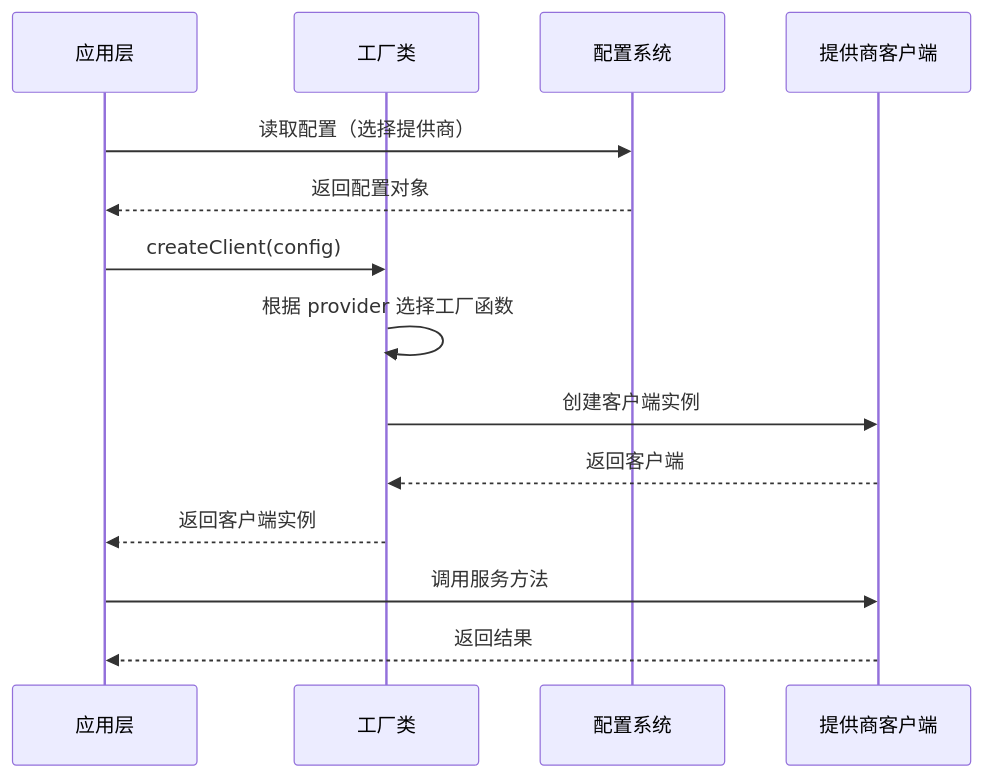
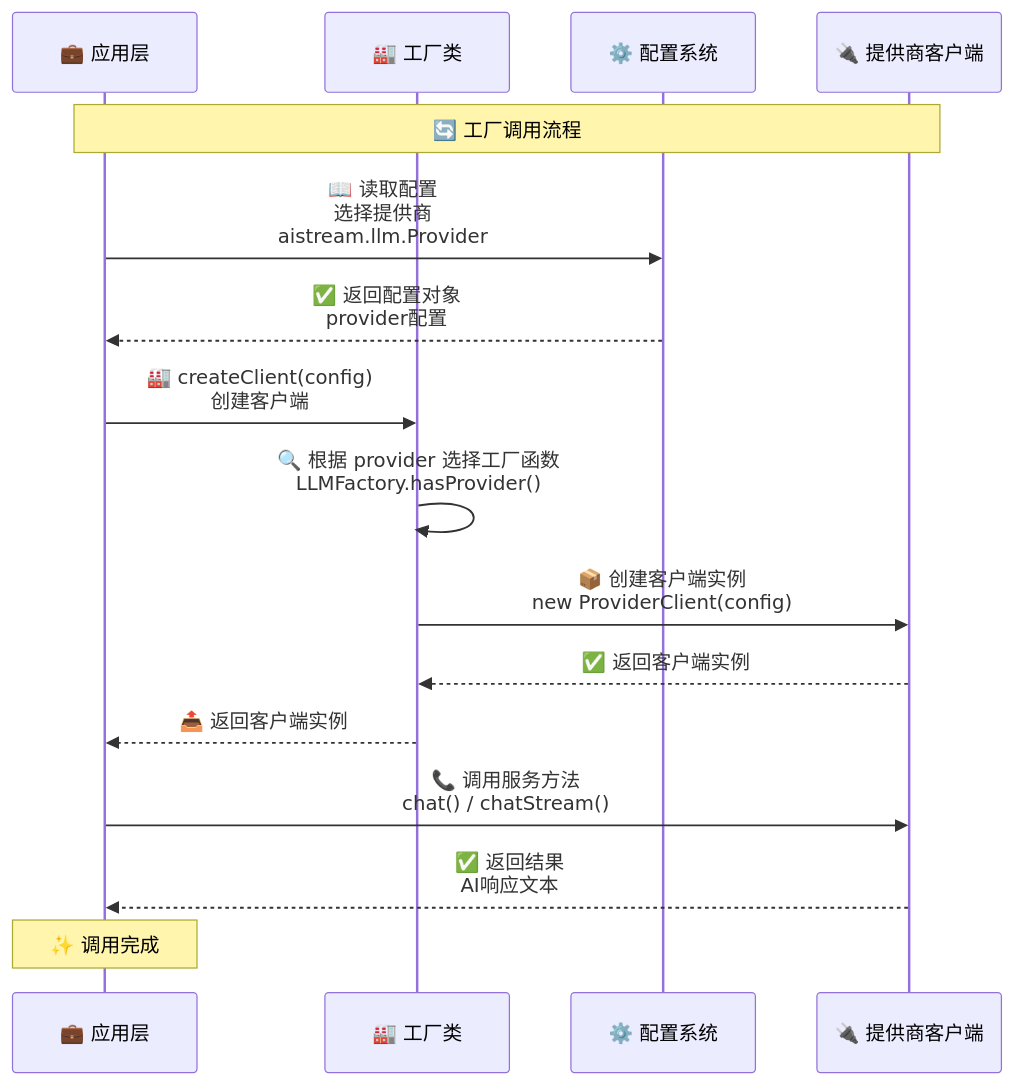
Before and after one commit to sunflowermm/XRK-AGT: the second of 2 diagrams in docs/factory.md, drawn with Mermaid. The commit also changed other lines of this file and 12 other files, not shown here.

````diff
--- a/docs/factory.md
+++ b/docs/factory.md
@@ -53,17 +60,21 @@
 ```mermaid
 sequenceDiagram
-    participant App as 应用层
-    participant Factory as 工厂类
-    participant Config as 配置系统
-    participant Provider as 提供商客户端
+    participant App as 💼 应用层
+    participant Factory as 🏭 工厂类
+    participant Config as ⚙️ 配置系统
+    participant Provider as 🔌 提供商客户端
     
-    App->>Config: 读取配置（选择提供商）
-    Config-->>App: 返回配置对象
-    App->>Factory: createClient(config)
-    Factory->>Factory: 根据 provider 选择工厂函数
-    Factory->>Provider: 创建客户端实例
-    Provider-->>Factory: 返回客户端
-    Factory-->>App: 返回客户端实例
-    App->>Provider: 调用服务方法
-    Provider-->>App: 返回结果
+    Note over App,Provider: 🔄 工厂调用流程
+    
+    App->>Config: 📖 读取配置<br/>选择提供商<br/>aistream.llm.Provider
+    Config-->>App: ✅ 返回配置对象<br/>provider配置
+    App->>Factory: 🏭 createClient(config)<br/>创建客户端
+    Factory->>Factory: 🔍 根据 provider 选择工厂函数<br/>LLMFactory.hasProvider()
+    Factory->>Provider: 📦 创建客户端实例<br/>new ProviderClient(config)
+    Provider-->>Factory: ✅ 返回客户端实例
+    Factory-->>App: 📤 返回客户端实例
+    App->>Provider: 📞 调用服务方法<br/>chat() / chatStream()
+    Provider-->>App: ✅ 返回结果<br/>AI响应文本
+    
+    Note over App: ✨ 调用完成
 ```
````
